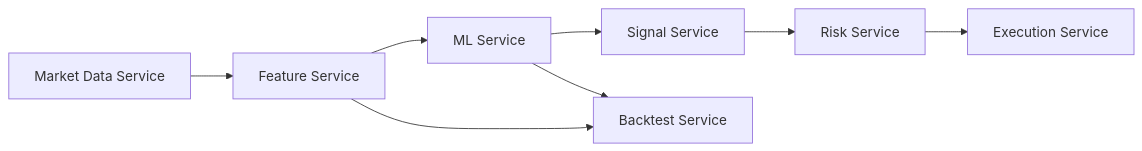
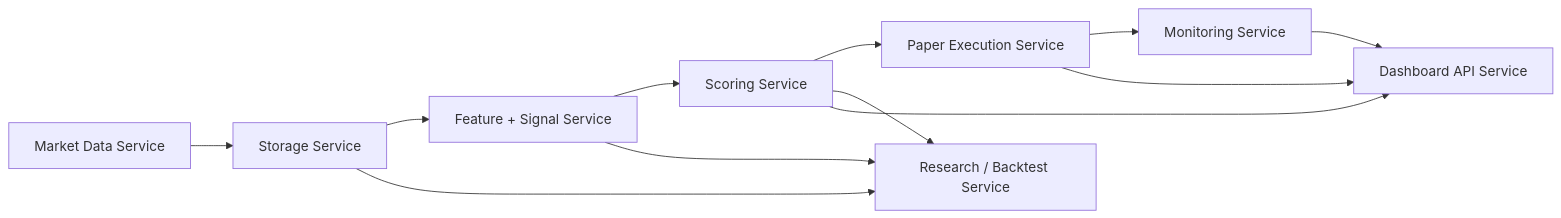
Before and after one commit to aaryansinha16/AI-trader: the tenth of 12 diagrams in docs/Flow diagrams and designs.md, drawn with Mermaid. The commit also changed other lines of this file, not shown here.

Commit message:
update: flow diagrams of current system

````diff
--- a/docs/Flow diagrams and designs.md
+++ b/docs/Flow diagrams and designs.md
@@ -299,20 +373,25 @@
 ```mermaid
 flowchart LR
 
-A[Market Data Service]
-B[Feature Service]
-C[ML Service]
-D[Signal Service]
-E[Execution Service]
-F[Risk Service]
-G[Backtest Service]
+A["Market Data Service"]
+B["Storage Service"]
+C["Feature + Signal Service"]
+D["Scoring Service"]
+E["Paper Execution Service"]
+F["Monitoring Service"]
+G["Research / Backtest Service"]
+H["Dashboard API Service"]
 
 A --> B
 B --> C
 C --> D
-D --> F
-F --> E
+D --> E
+E --> F
 
 B --> G
 C --> G
+D --> G
+F --> H
+E --> H
+D --> H
 ```
````
